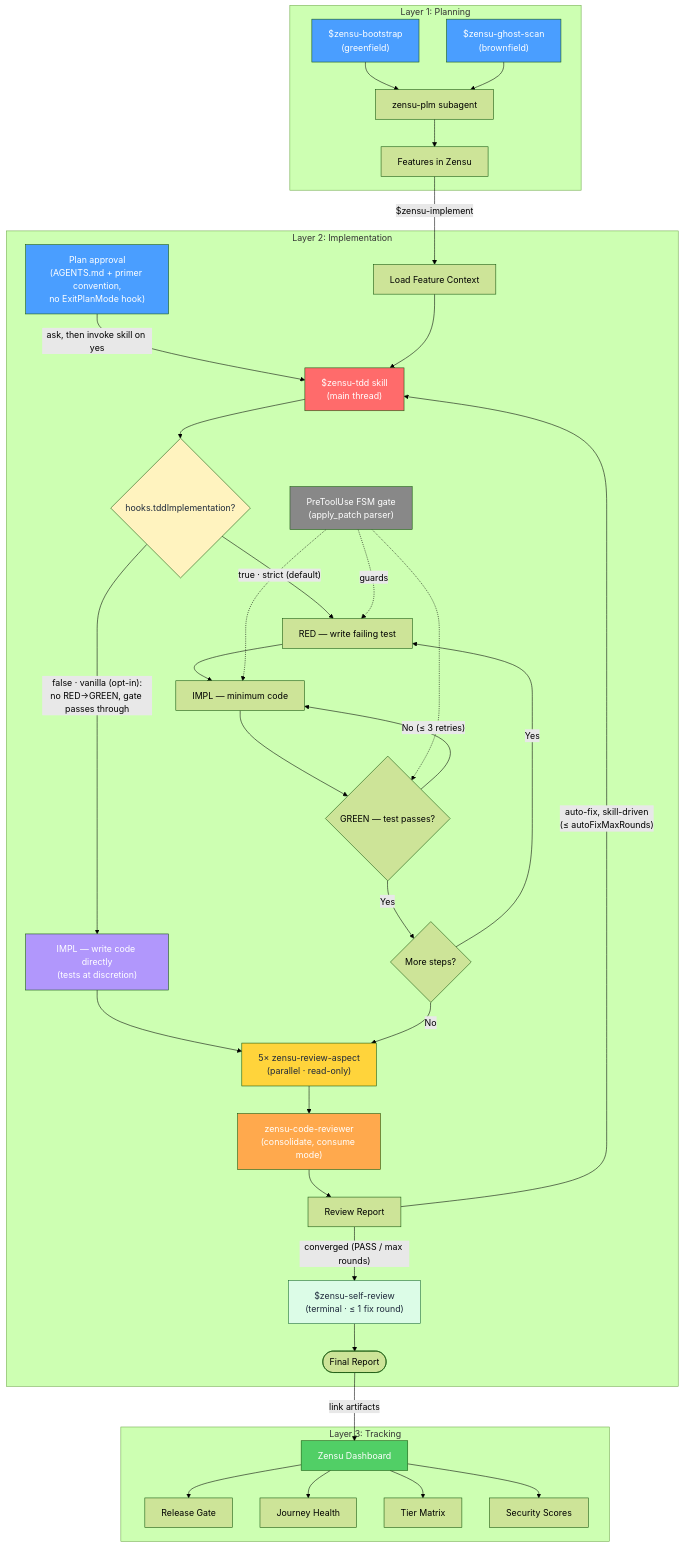
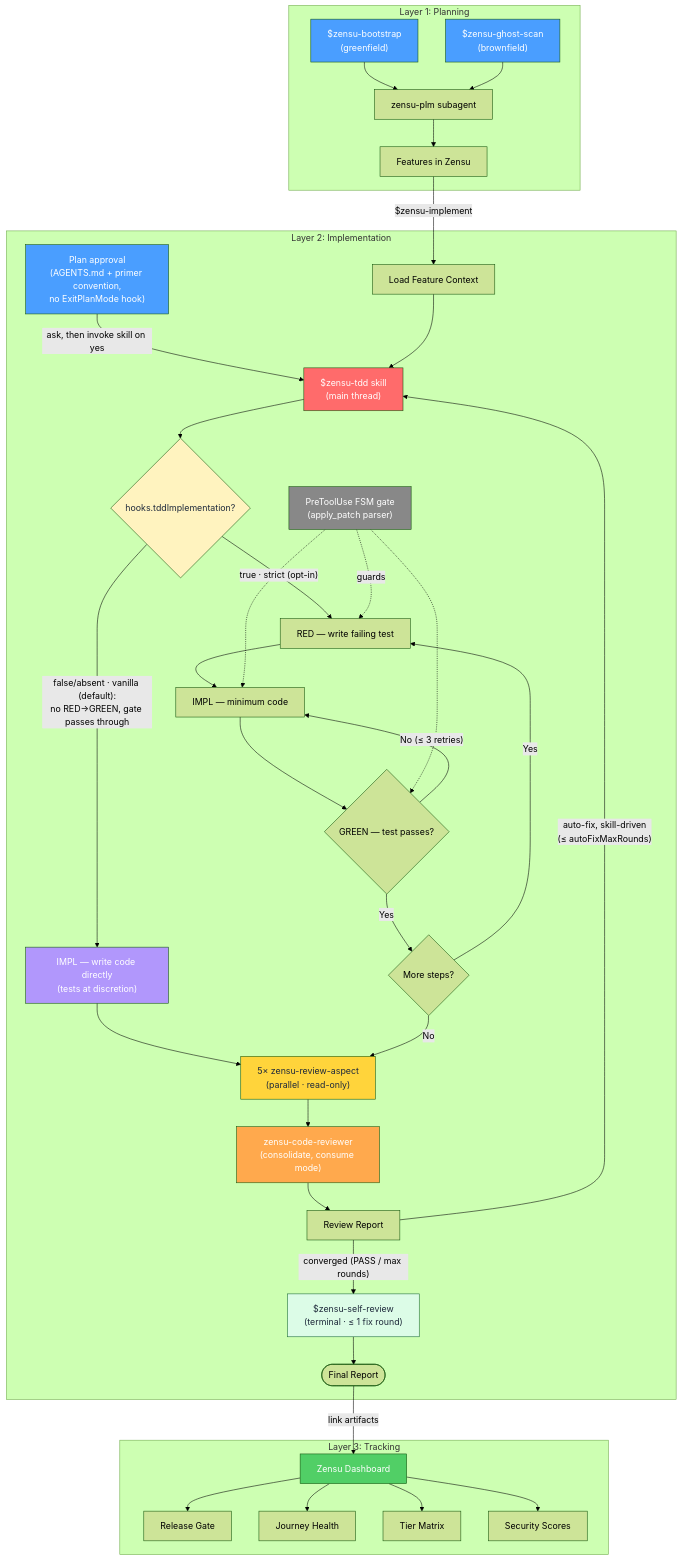
One commit to MKITConsulting/zensu-codex changed the diagram in README.md. Above: the diagram before and after it, drawn with Mermaid (forest theme). The commit also changed other lines of this file and 12 other files, not shown here.

First line of the commit message:
feat(tdd)!: default hooks.tddImplementation to false (vanilla mode)

````diff
--- a/README.md
+++ b/README.md
@@ -73,52 +73,52 @@
 ```mermaid
 flowchart TD
     subgraph Planning["Layer 1: Planning"]
         A1["$zensu-bootstrap<br/>(greenfield)"] --> B["zensu-plm subagent"]
         A2["$zensu-ghost-scan<br/>(brownfield)"] --> B
         B --> C["Features in Zensu"]
     end
 
     subgraph Implementation["Layer 2: Implementation"]
         C -->|"$zensu-implement"| D["Load Feature Context"]
         PLAIN["Plan approval<br/>(AGENTS.md + primer convention,<br/>no ExitPlanMode hook)"] -->|"ask, then invoke skill on yes"| E
         D --> E["$zensu-tdd skill<br/>(main thread)"]
         E --> MODE{"hooks.tddImplementation?"}
-        MODE -->|"true · strict (default)"| RED["RED — write failing test"]
-        MODE -->|"false · vanilla (opt-in):<br/>no RED→GREEN, gate passes through"| VAN["IMPL — write code directly<br/>(tests at discretion)"]
+        MODE -->|"true · strict (opt-in)"| RED["RED — write failing test"]
+        MODE -->|"false/absent · vanilla (default):<br/>no RED→GREEN, gate passes through"| VAN["IMPL — write code directly<br/>(tests at discretion)"]
         VAN --> FAN
         RED --> IMPL["IMPL — minimum code"]
         IMPL --> GREEN{"GREEN — test passes?"}
         GREEN -->|"No (≤ 3 retries)"| IMPL
         GREEN -->|"Yes"| NEXT{"More steps?"}
         NEXT -->|"Yes"| RED
         NEXT -->|"No"| FAN["5× zensu-review-aspect<br/>(parallel · read-only)"]
         FAN --> K["zensu-code-reviewer<br/>(consolidate, consume mode)"]
         K --> L["Review Report"]
         L -->|"auto-fix, skill-driven<br/>(≤ autoFixMaxRounds)"| E
         L -->|"converged (PASS / max rounds)"| SR["$zensu-self-review<br/>(terminal · ≤ 1 fix round)"]
         SR --> FR(["Final Report"])
         GATE["PreToolUse FSM gate<br/>(apply_patch parser)"] -.guards.-> RED
         GATE -.-> IMPL
         GATE -.-> GREEN
     end
 
     subgraph Tracking["Layer 3: Tracking"]
         FR -->|"link artifacts"| M["Zensu Dashboard"]
         M --> Q["Release Gate"]
         M --> P["Journey Health"]
         M --> O["Tier Matrix"]
         M --> N["Security Scores"]
     end
 
     style A1 fill:#4a9eff,color:#fff
     style A2 fill:#4a9eff,color:#fff
     style PLAIN fill:#4a9eff,color:#fff
     style E fill:#ff6b6b,color:#fff
     style MODE fill:#fff3bf,color:#1e293b
     style VAN fill:#b197fc,color:#fff
     style GATE fill:#888,color:#fff
     style FAN fill:#ffd43b,color:#1e293b
     style K fill:#ffa94d,color:#fff
     style SR fill:#dcfce7,stroke:#166534,color:#1e293b
     style M fill:#51cf66,color:#fff
 ```
````
